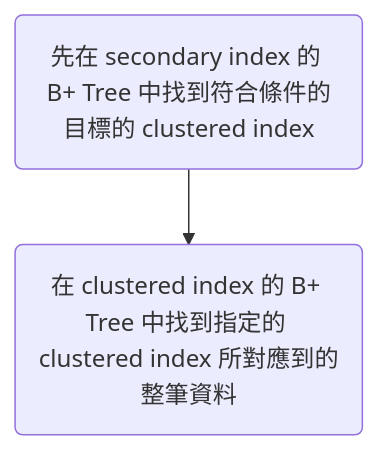
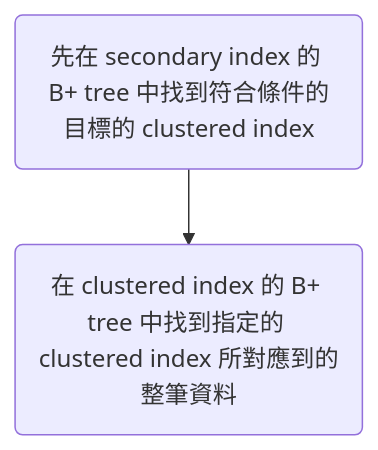
The second of 2 diagrams in Database/Index.md (bingyangchen/KM-software), drawn with Mermaid before and after one commit. The commit also changed other lines of this file and 126 other files, not shown here.

````diff
--- a/Database/Index.md
+++ b/Database/Index.md
@@ -73,6 +72,6 @@
 ```mermaid
 flowchart TD
-    id1(先在 secondary index 的 B+ Tree 中找到符合條件的目標的 clustered index)
-    id2(在 clustered index 的 B+ Tree 中找到指定的 clustered index 所對應到的整筆資料)
+    id1(先在 secondary index 的 B+ tree 中找到符合條件的目標的 clustered index)
+    id2(在 clustered index 的 B+ tree 中找到指定的 clustered index 所對應到的整筆資料)
     id1-->id2
 ```
````
